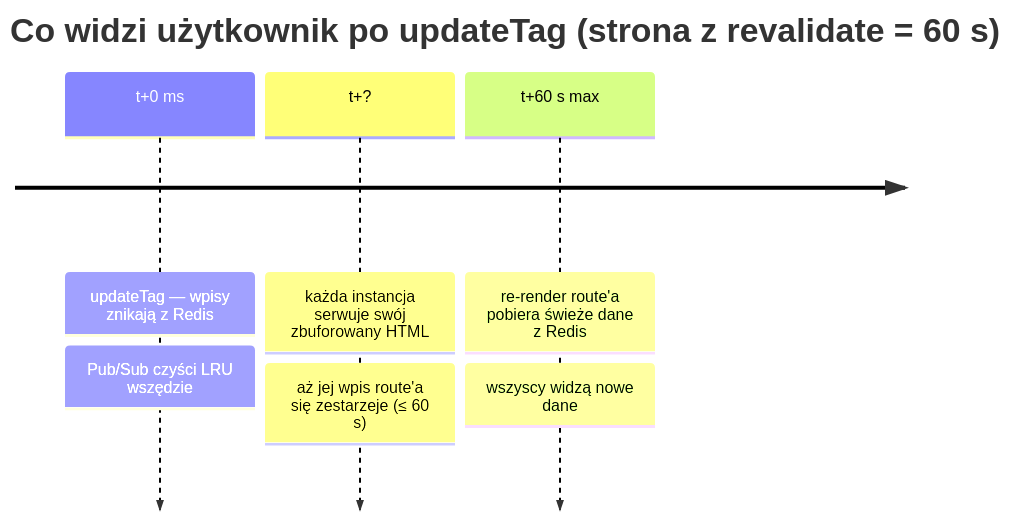
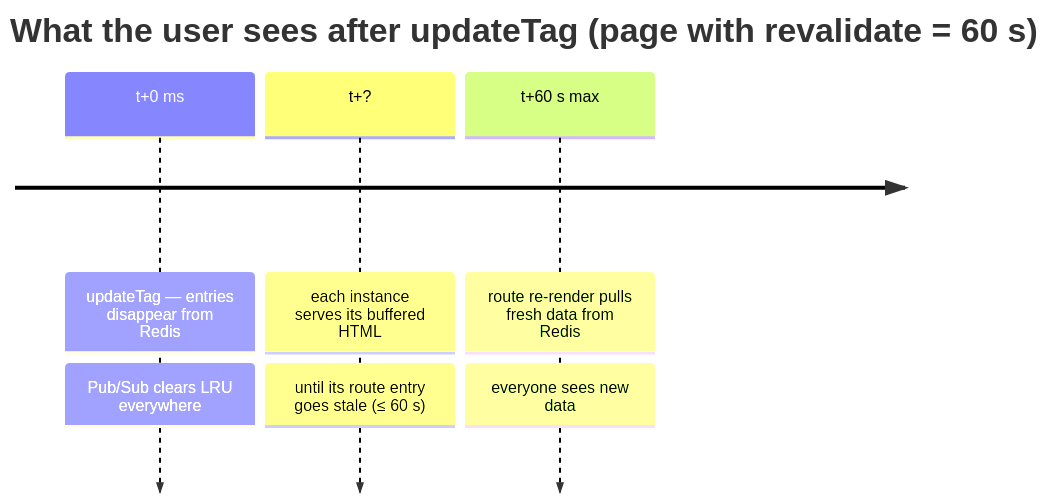
The fifth of 7 diagrams in apps/tmeNext/docs/CACHING.md (Regnar110/cursor-playground), drawn with Mermaid before and after one commit. The commit also changed other lines of this file and 3 other files, not shown here.

````diff
--- a/apps/tmeNext/docs/CACHING.md
+++ b/apps/tmeNext/docs/CACHING.md
@@ -165,7 +166,7 @@
 ```mermaid
 timeline
-    title Co widzi użytkownik po updateTag (strona z revalidate = 60 s)
-    t+0 ms : updateTag — wpisy znikają z Redis : Pub/Sub czyści LRU wszędzie
-    t+? : każda instancja serwuje swój zbuforowany HTML : aż jej wpis route'a się zestarzeje (≤ 60 s)
-    t+60 s max : re-render route'a pobiera świeże dane z Redis : wszyscy widzą nowe dane
+    title What the user sees after updateTag (page with revalidate = 60 s)
+    t+0 ms : updateTag — entries disappear from Redis : Pub/Sub clears LRU everywhere
+    t+? : each instance serves its buffered HTML : until its route entry goes stale (≤ 60 s)
+    t+60 s max : route re-render pulls fresh data from Redis : everyone sees new data
 ```
````
